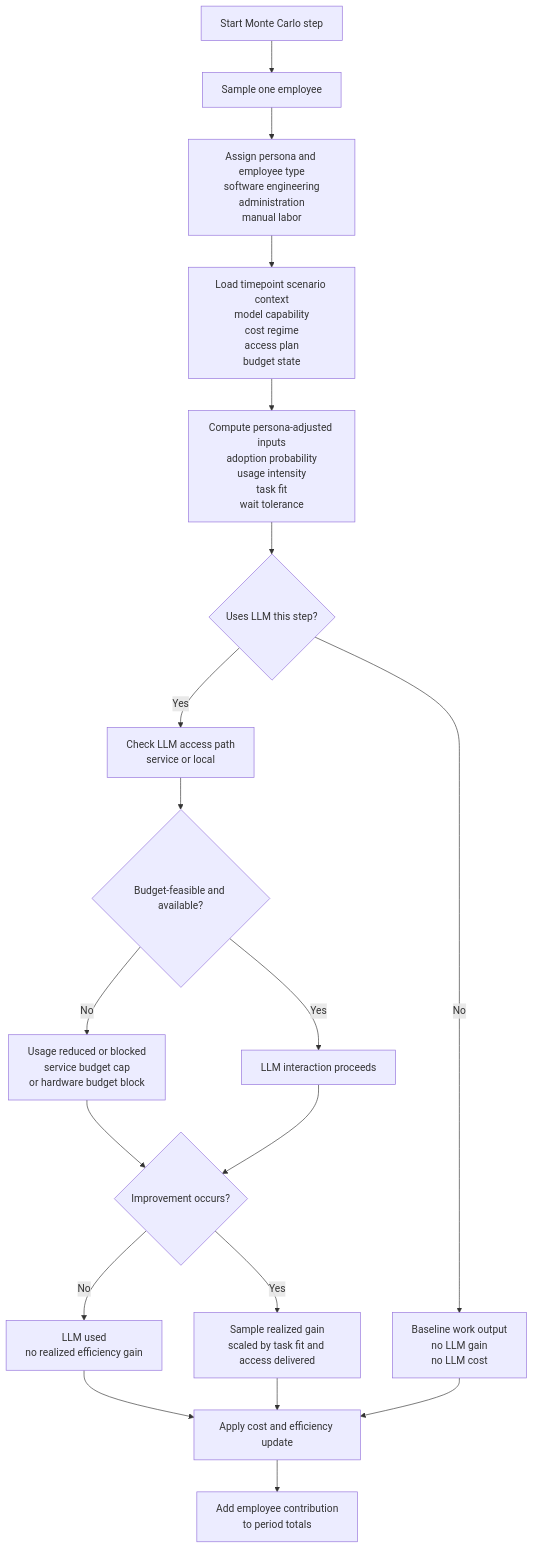
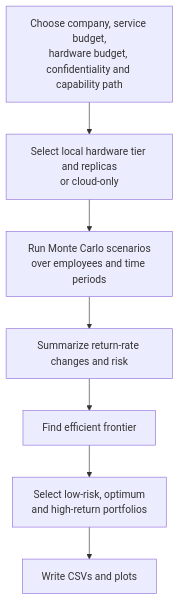
One commit to steffenhauf/cofin2026 changed the first of 3 diagrams in README.md. Above: the diagram before and after it, drawn with Mermaid. The commit also changed other lines of this file and 2 other files, not shown here.

````diff
--- a/README.md
+++ b/README.md
@@ -291,21 +533,10 @@
 ```mermaid
 flowchart TD
-    A[Start Monte Carlo step] --> B[Sample one employee]
-    B --> C[Assign persona and employee type<br/>software engineering<br/>administration<br/>manual labor]
-    C --> D[Load timepoint scenario context<br/>model capability<br/>cost regime<br/>access plan<br/>budget state]
-    D --> E[Compute persona-adjusted inputs<br/>adoption probability<br/>usage intensity<br/>task fit<br/>wait tolerance]
-    E --> F{Uses LLM this step?}
-    F -- No --> G[Baseline work output<br/>no LLM gain<br/>no LLM cost]
-    F -- Yes --> H[Check LLM access path<br/>service or local]
-    H --> I{Budget-feasible and available?}
-    I -- No --> J[Usage reduced or blocked<br/>service budget cap<br/>or hardware budget block]
-    I -- Yes --> K[LLM interaction proceeds]
-    J --> L{Improvement occurs?}
-    K --> L
-    L -- No --> M[LLM used<br/>no realized efficiency gain]
-    L -- Yes --> N[Sample realized gain<br/>scaled by task fit and access delivered]
-    M --> O[Apply cost and efficiency update]
-    N --> O
-    G --> O
-    O --> P[Add employee contribution<br/>to period totals]
+    A[Choose company, service budget,<br/>hardware budget, confidentiality and capability path]
+    A --> B[Select local hardware tier and replicas<br/>or cloud-only]
+    B --> C[Run Monte Carlo scenarios<br/>over employees and time periods]
+    C --> D[Summarize return-rate changes and risk]
+    D --> E[Find efficient frontier]
+    E --> F[Select low-risk, optimum<br/>and high-return portfolios]
+    F --> G[Write CSVs and plots]
 ```
````
